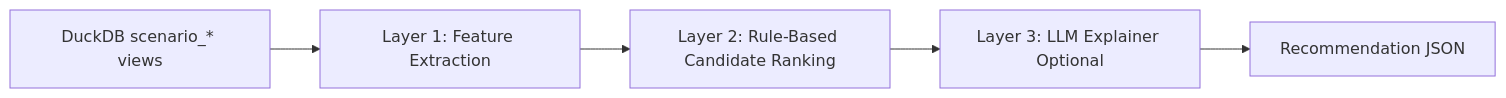
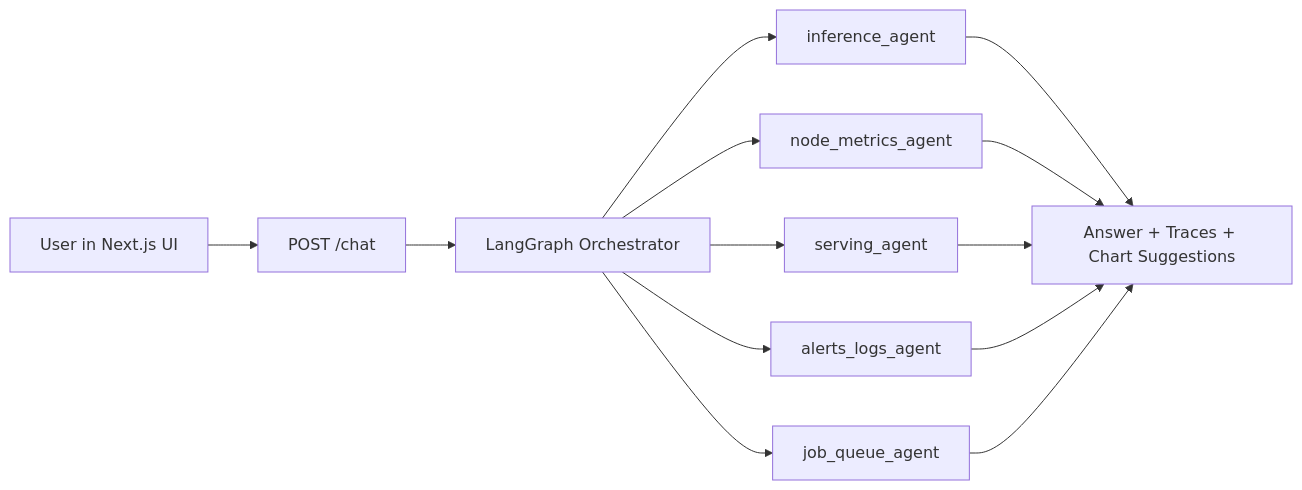
The diagram in cisco-track/ai-factory-ops/README.md (suhaasteja/synapse-AI-ops), drawn with Mermaid before and after one commit. The commit also changed other lines of this file and 1 other file, not shown here.

````diff
--- a/cisco-track/ai-factory-ops/README.md
+++ b/cisco-track/ai-factory-ops/README.md
@@ -11,7 +11,15 @@
 ```mermaid
 flowchart LR
-  A[DuckDB scenario_* views] --> B[Layer 1: Feature Extraction]
-  B --> C[Layer 2: Rule-Based Candidate Ranking]
-  C --> D[Layer 3: LLM Explainer Optional]
-  D --> E[Recommendation JSON]
+  U[User in Next.js UI] --> A[POST /chat]
+  A --> B[LangGraph Orchestrator]
+  B --> C1[inference_agent]
+  B --> C2[node_metrics_agent]
+  B --> C3[serving_agent]
+  B --> C4[alerts_logs_agent]
+  B --> C5[job_queue_agent]
+  C1 --> D[Answer + Traces + Chart Suggestions]
+  C2 --> D
+  C3 --> D
+  C4 --> D
+  C5 --> D
 ```
````
